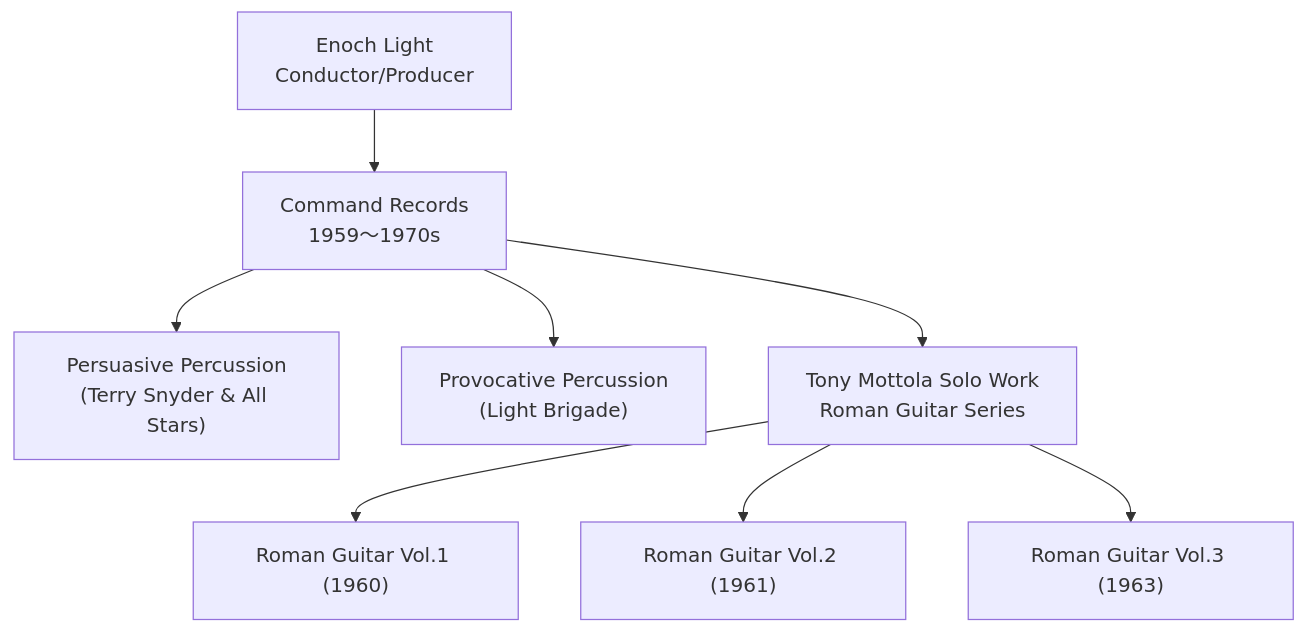
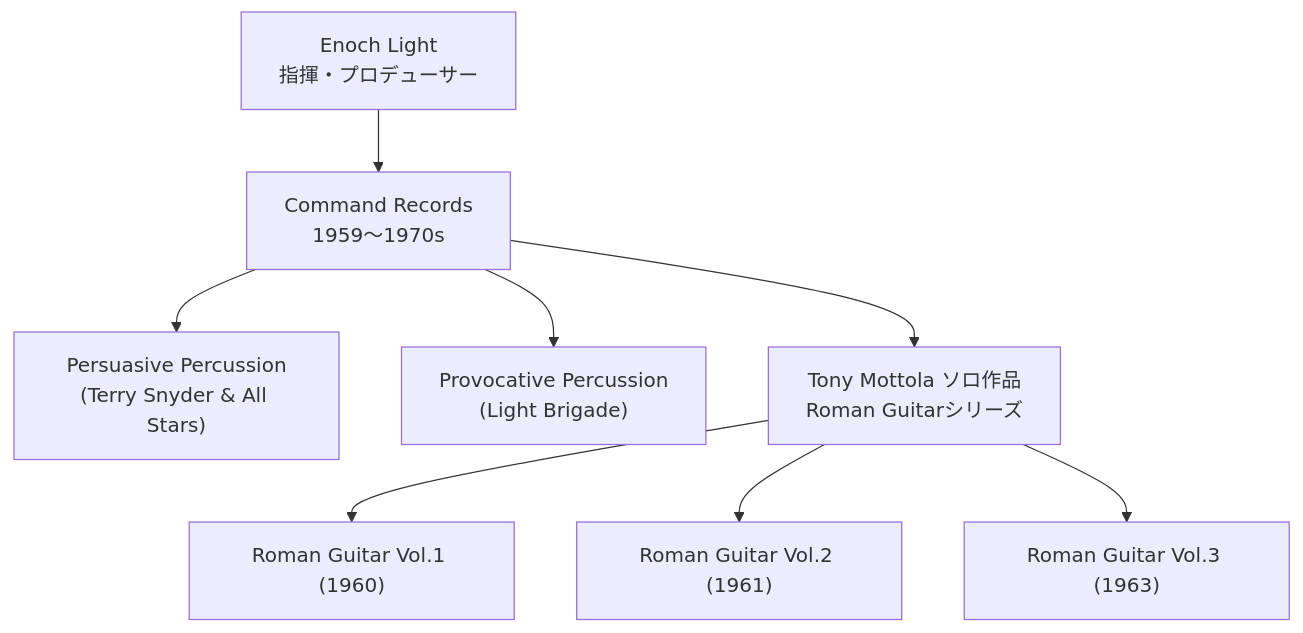
Before and after one commit to monumental-movement/monumental-movement.github.io: the second of 2 diagrams in en/_posts/2025-10-04-Column-Enoch-Light-Command.md, drawn with Mermaid. The commit also changed other lines of this file and 2196 other files, not shown here.

```diff
--- a/en/_posts/2025-10-04-Column-Enoch-Light-Command.md
+++ b/en/_posts/2025-10-04-Column-Enoch-Light-Command.md
@@ -131,12 +130,12 @@
 <div class="mermaid">
 
 flowchart TD
-  A["Enoch Light<br>Conductor/Producer"] --> B["Command Records<br>1959〜1970s"]
+  A["Enoch Light<br>指揮・プロデューサー"] --> B["Command Records<br>1959〜1970s"]
   B --> C["Persuasive Percussion<br>(Terry Snyder & All Stars)"]
   B --> D["Provocative Percussion<br>(Light Brigade)"]
-  B --> E["Tony Mottola Solo Work<br>Roman Guitar Series"]
+  B --> E["Tony Mottola ソロ作品<br>Roman Guitarシリーズ"]
   E --> F["Roman Guitar Vol.1 (1960)"]
   E --> G["Roman Guitar Vol.2 (1961)"]
   E --> H["Roman Guitar Vol.3 (1963)"]
 
 </div>
```
